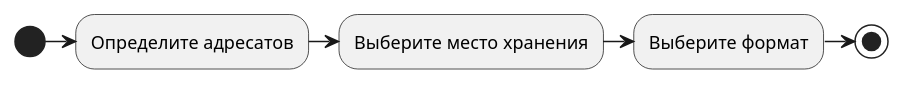
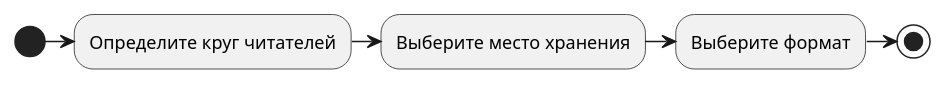
The first of 2 diagrams in src/pages/guides/startup.rst (mekras/hwd), drawn with PlantUML before and after one commit. The commit also changed other lines of this file and 3 other files, not shown here.

```diff
--- a/src/pages/guides/startup.rst
+++ b/src/pages/guides/startup.rst
@@ -16,6 +16,6 @@
 .. uml::
 
-   (*) -> "Определите адресатов"
+   (*) -> "Определите круг читателей"
    -> "Выберите место хранения"
    -> "Выберите формат"
    -> (*)
```
